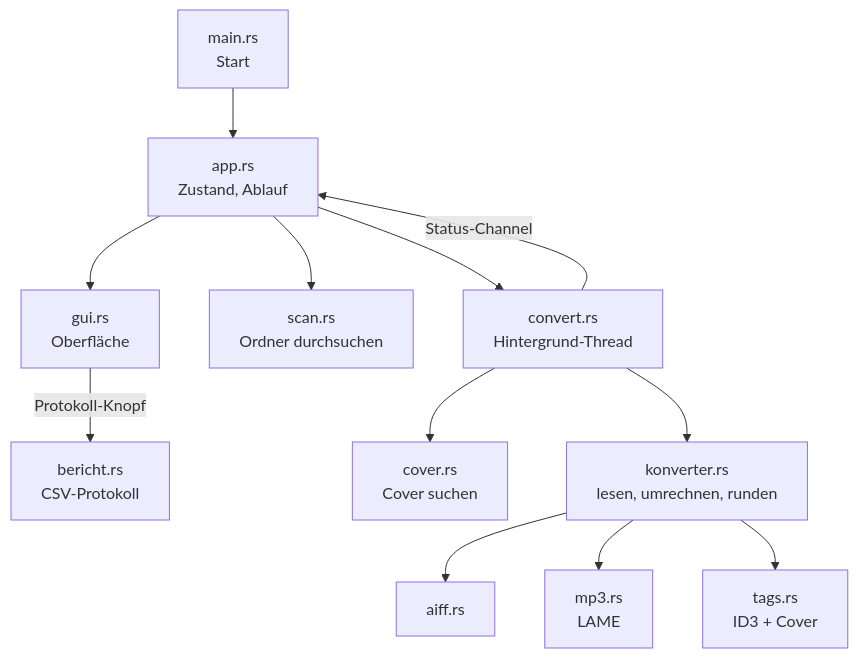
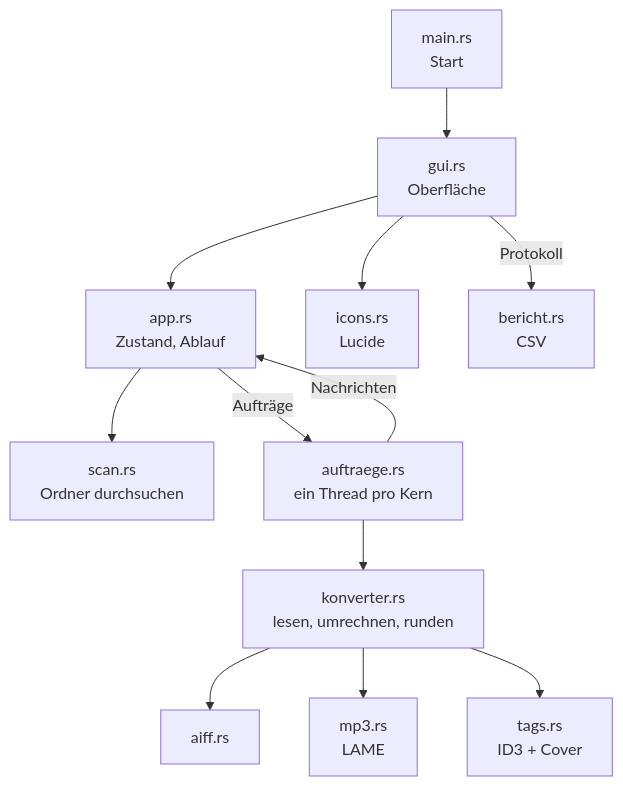
Before and after one commit to Senci/audio-konverter: the diagram in wiki/diagramme/architektur.md, drawn with Mermaid. The commit also changed 41 other files, not shown here.

````diff
--- a/wiki/diagramme/architektur.md
+++ b/wiki/diagramme/architektur.md
@@ -3,14 +3,14 @@
 ```mermaid
 flowchart TD
-    main["main.rs<br/>Start"] --> app["app.rs<br/>Zustand, Ablauf"]
-    app --> gui["gui.rs<br/>Oberfläche"]
+    main["main.rs<br/>Start"] --> gui["gui.rs<br/>Oberfläche"]
+    gui --> app["app.rs<br/>Zustand, Ablauf"]
+    gui --> icons["icons.rs<br/>Lucide"]
+    gui -->|Protokoll| bericht["bericht.rs<br/>CSV"]
     app --> scan["scan.rs<br/>Ordner durchsuchen"]
-    app --> convert["convert.rs<br/>Hintergrund-Thread"]
-    gui -->|Protokoll-Knopf| bericht["bericht.rs<br/>CSV-Protokoll"]
-    convert --> cover["cover.rs<br/>Cover suchen"]
-    convert --> konverter["konverter.rs<br/>lesen, umrechnen, runden"]
+    app -->|Aufträge| auftraege["auftraege.rs<br/>ein Thread pro Kern"]
+    auftraege -->|Nachrichten| app
+    auftraege --> konverter["konverter.rs<br/>lesen, umrechnen, runden"]
     konverter --> aiff["aiff.rs"]
     konverter --> mp3["mp3.rs<br/>LAME"]
     konverter --> tags["tags.rs<br/>ID3 + Cover"]
-    convert -->|Status-Channel| app
 ```
````
